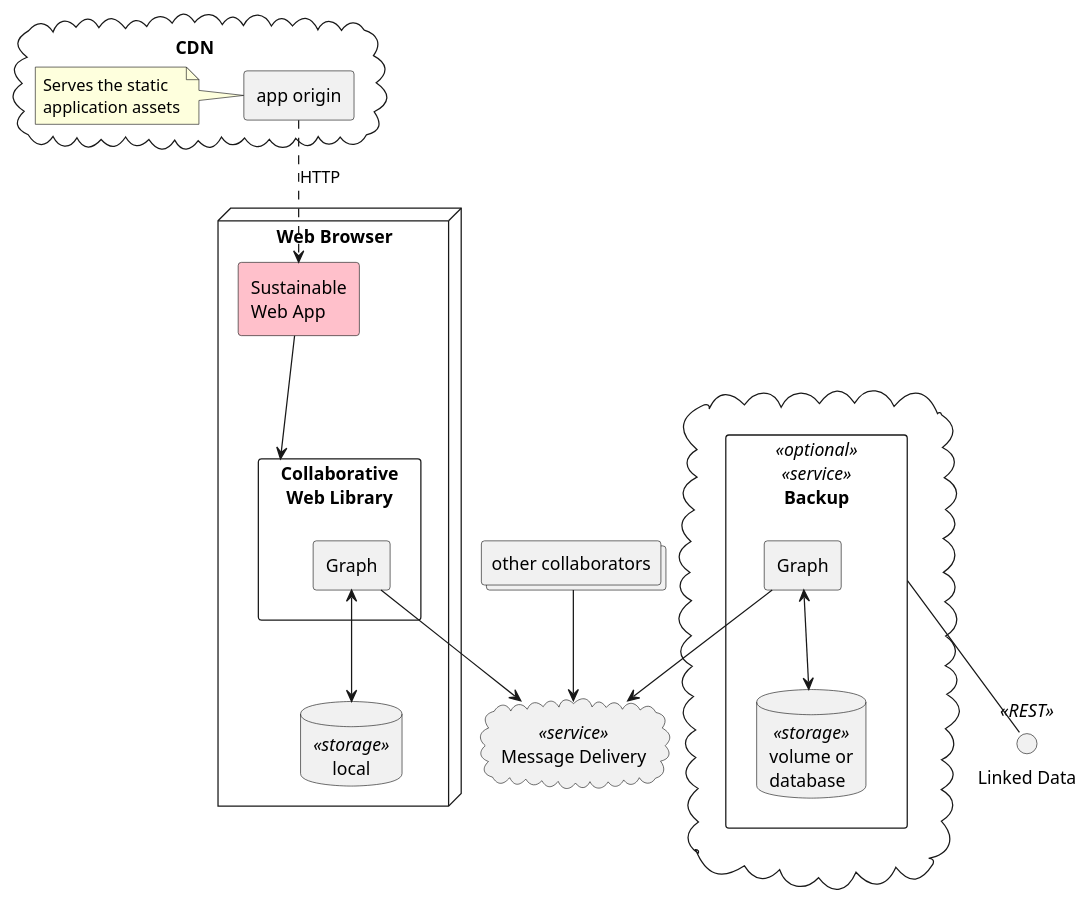
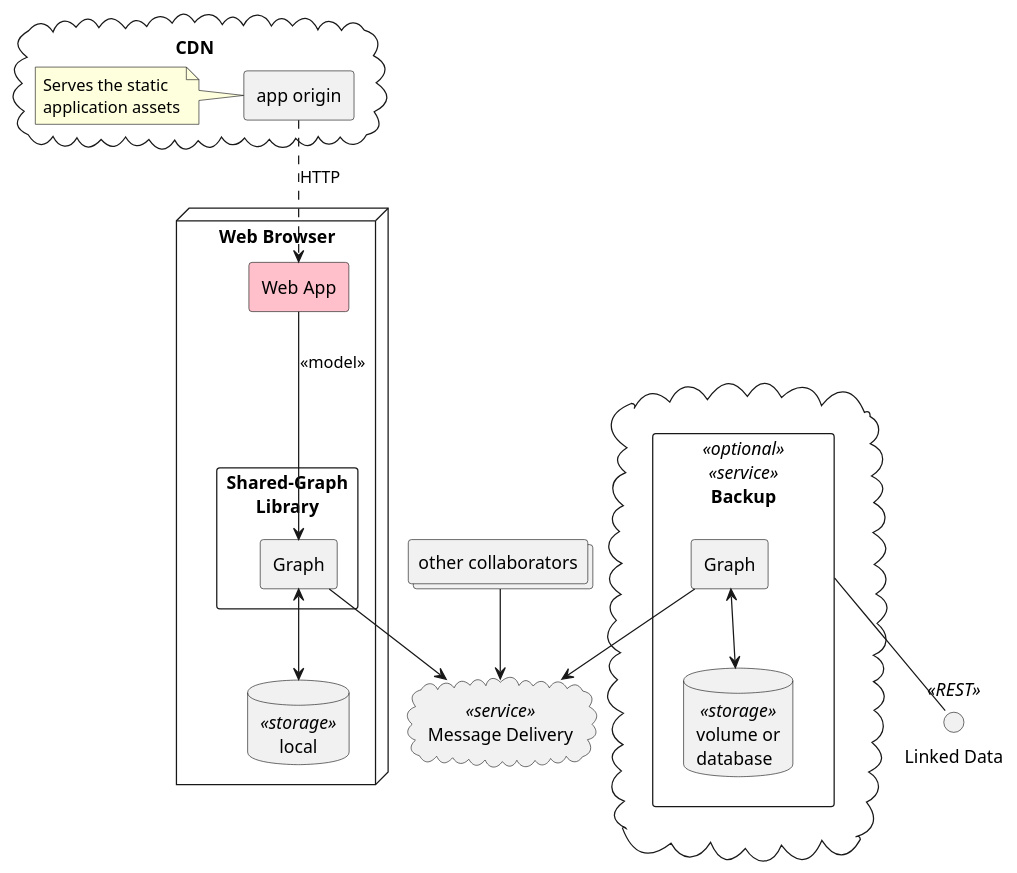
One commit to m-ld/sustainable-web-apps changed the diagram in spec/design/architecture.component.puml. Above: the diagram before and after it, drawn with PlantUML. The commit also changed 26 other files, not shown here.

Commit message:
Rebranded to Shared-Graph Model Pattern Added Pattern Definition section

```diff
--- a/spec/design/architecture.component.puml
+++ b/spec/design/architecture.component.puml
@@ -1,47 +1,47 @@
 @startuml
 'https://plantuml.com/component-diagram
 skinparam componentStyle rectangle
 
 node "Web Browser" {
-  component "Sustainable\nWeb App" as app #pink
-  component "Collaborative\nWeb Library" as cwl {
+  component "Web App" as app #pink
+  component "Shared-Graph\nLibrary" as cwl {
     [Graph]
   }
 
   database local <<storage>>
 
   Graph <--> local
 
-  app --> cwl
+  app --> Graph : <<model>>
 }
 
 cloud CDN {
   [app origin] as origin
   note left
     Serves the static
     application assets
   end note
 }
 
 cloud "Message Delivery" as messaging <<service>>
 
 interface "Linked Data" as dapi <<REST>>
 
 cloud {
   component "Backup" as backup <<optional>> <<service>> {
     component "Graph" as gwGraph
     database "volume or\ndatabase" <<storage>> as gwDb
     gwGraph <--> gwDb
   }
   backup -- dapi
 }
 
 collections "other collaborators" as others
 
 Graph --> messaging
 gwGraph --> messaging
 others --> messaging
 
 origin ..> app: HTTP
 
 @enduml
```
